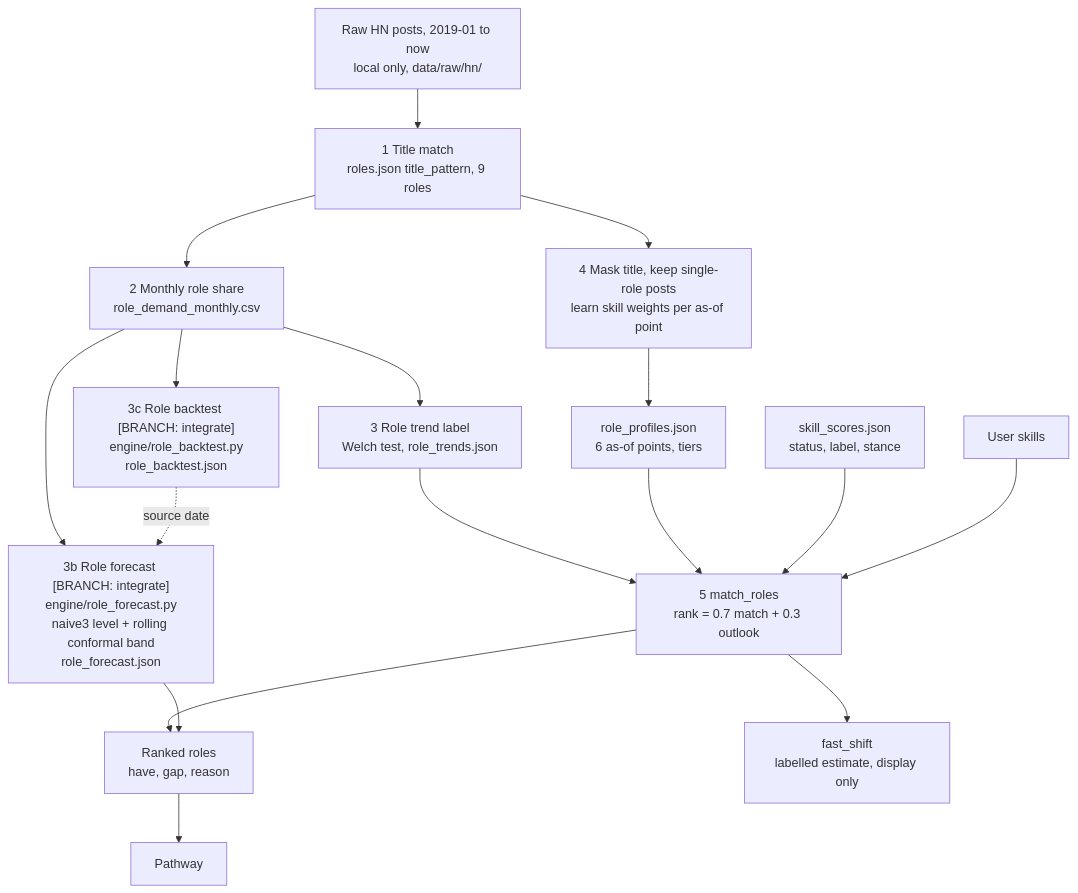
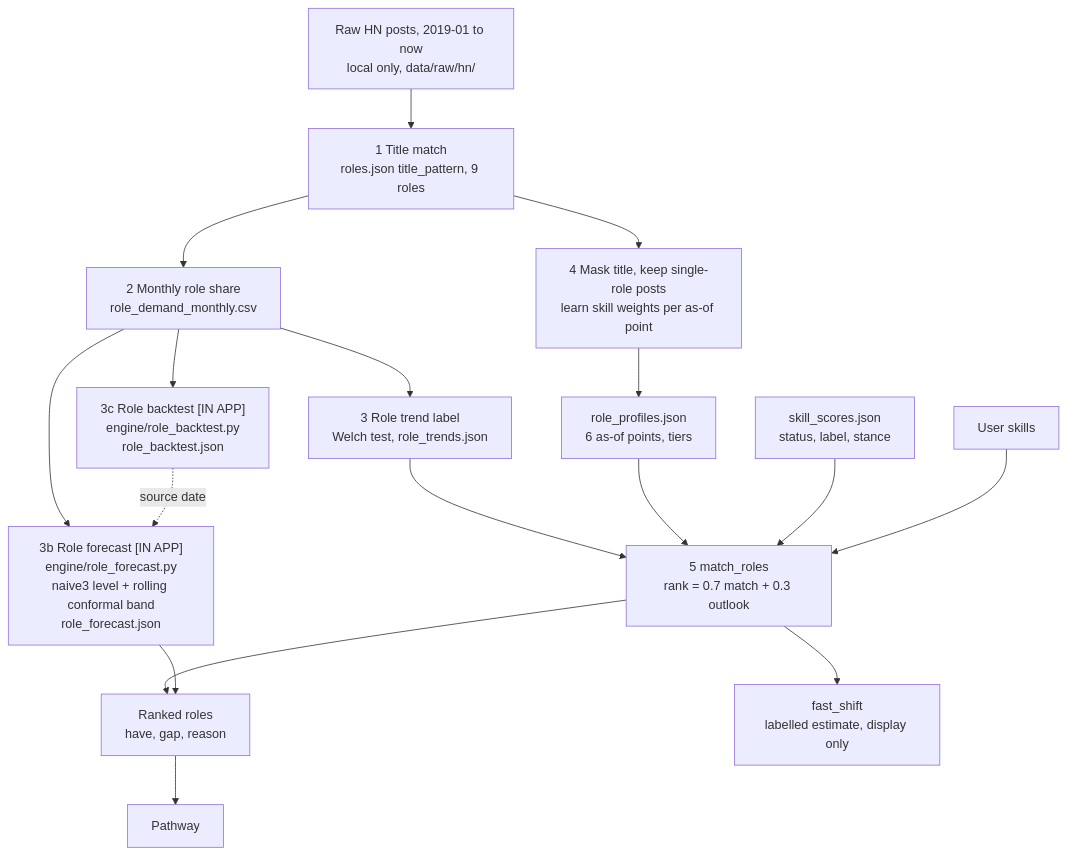
The eighth of 9 diagrams in docs/architecture.md (TayEeZhan/varity), drawn with Mermaid before and after one commit. The commit also changed other lines of this file and 14 other files, not shown here.

````diff
--- a/docs/architecture.md
+++ b/docs/architecture.md
@@ -420,19 +433,19 @@
 ```mermaid
 flowchart TB
     RAW["Raw HN posts, 2019-01 to now<br/>local only, data/raw/hn/"] --> A["1 Title match<br/>roles.json title_pattern, 9 roles"]
     A --> B["2 Monthly role share<br/>role_demand_monthly.csv"]
     B --> C["3 Role trend label<br/>Welch test, role_trends.json"]
-    B --> R["3b Role forecast [BRANCH: integrate]<br/>engine/role_forecast.py<br/>naive3 level + rolling conformal band<br/>role_forecast.json"]
-    B --> RB["3c Role backtest [BRANCH: integrate]<br/>engine/role_backtest.py<br/>role_backtest.json"]
+    B --> R["3b Role forecast [IN APP]<br/>engine/role_forecast.py<br/>naive3 level + rolling conformal band<br/>role_forecast.json"]
+    B --> RB["3c Role backtest [IN APP]<br/>engine/role_backtest.py<br/>role_backtest.json"]
     RB -. "source date" .-> R
     A --> D["4 Mask title, keep single-role posts<br/>learn skill weights per as-of point"]
     D --> E["role_profiles.json<br/>6 as-of points, tiers"]
     C --> F["5 match_roles<br/>rank = 0.7 match + 0.3 outlook"]
     E --> F
     SK["skill_scores.json<br/>status, label, stance"] --> F
     U["User skills"] --> F
     F --> G["Ranked roles<br/>have, gap, reason"]
     R --> G
     F --> H["fast_shift<br/>labelled estimate, display only"]
     G --> PW["Pathway"]
 ```
````
